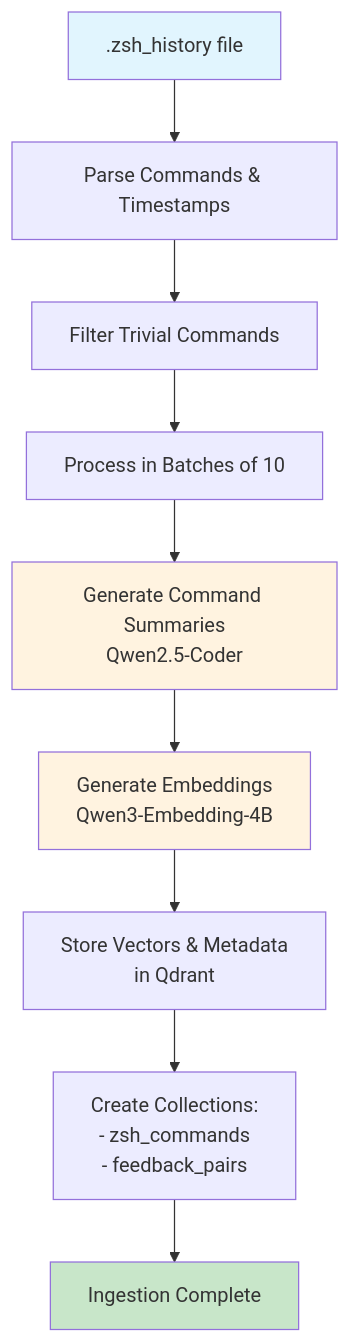
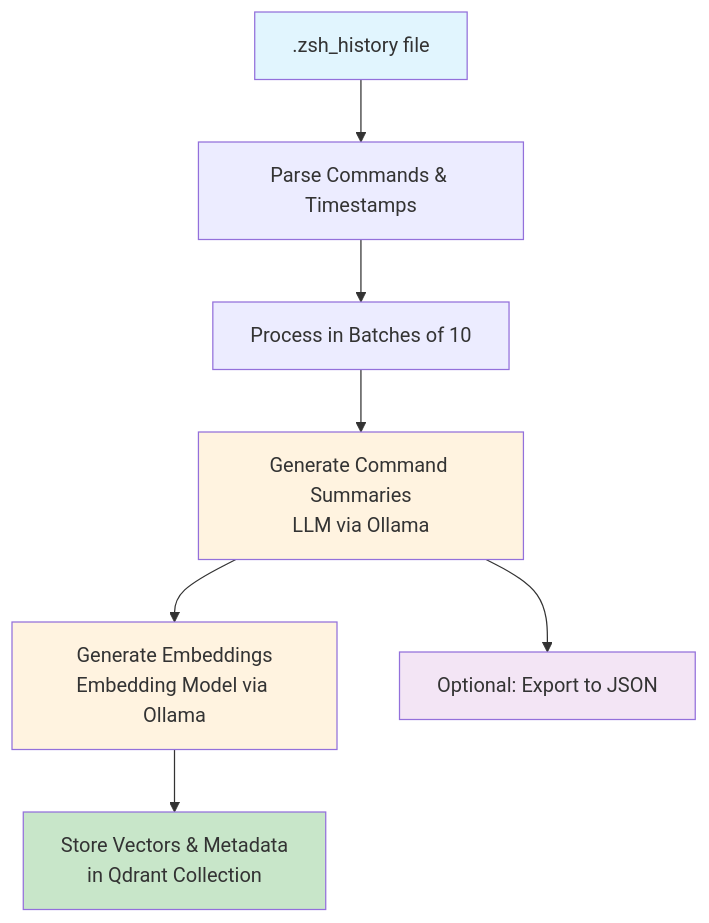
Before and after one commit to trolleksii/total-recall: the first of 2 diagrams in README.md, drawn with Mermaid. The commit also changed other lines of this file, not shown here.

````diff
--- a/README.md
+++ b/README.md
@@ -42,16 +50,16 @@
 ```mermaid
 graph TD
     A[.zsh_history file] --> B[Parse Commands & Timestamps]
-    B --> C[Filter Trivial Commands]
-    C --> D[Process in Batches of 10]
-    D --> E[Generate Command Summaries<br/>Qwen2.5-Coder]
-    E --> F[Generate Embeddings<br/>Qwen3-Embedding-4B]
-    F --> G[Store Vectors & Metadata<br/>in Qdrant]
-    G --> H[Create Collections:<br/>- zsh_commands<br/>- feedback_pairs]
-    H --> I[Ingestion Complete]
-    
+    B --> C[Process in Batches of 10]
+    C --> D[Generate Command Summaries<br/>LLM via Ollama]
+    D --> E[Generate Embeddings<br/>Embedding Model via Ollama]
+    E --> F[Store Vectors & Metadata<br/>in Qdrant Collection]
+
+    D --> G[Optional: Export to JSON]
+
     style A fill:#e1f5fe
-    style I fill:#c8e6c9
+    style F fill:#c8e6c9
+    style D fill:#fff3e0
     style E fill:#fff3e0
-    style F fill:#fff3e0
+    style G fill:#f3e5f5
 ```
````
